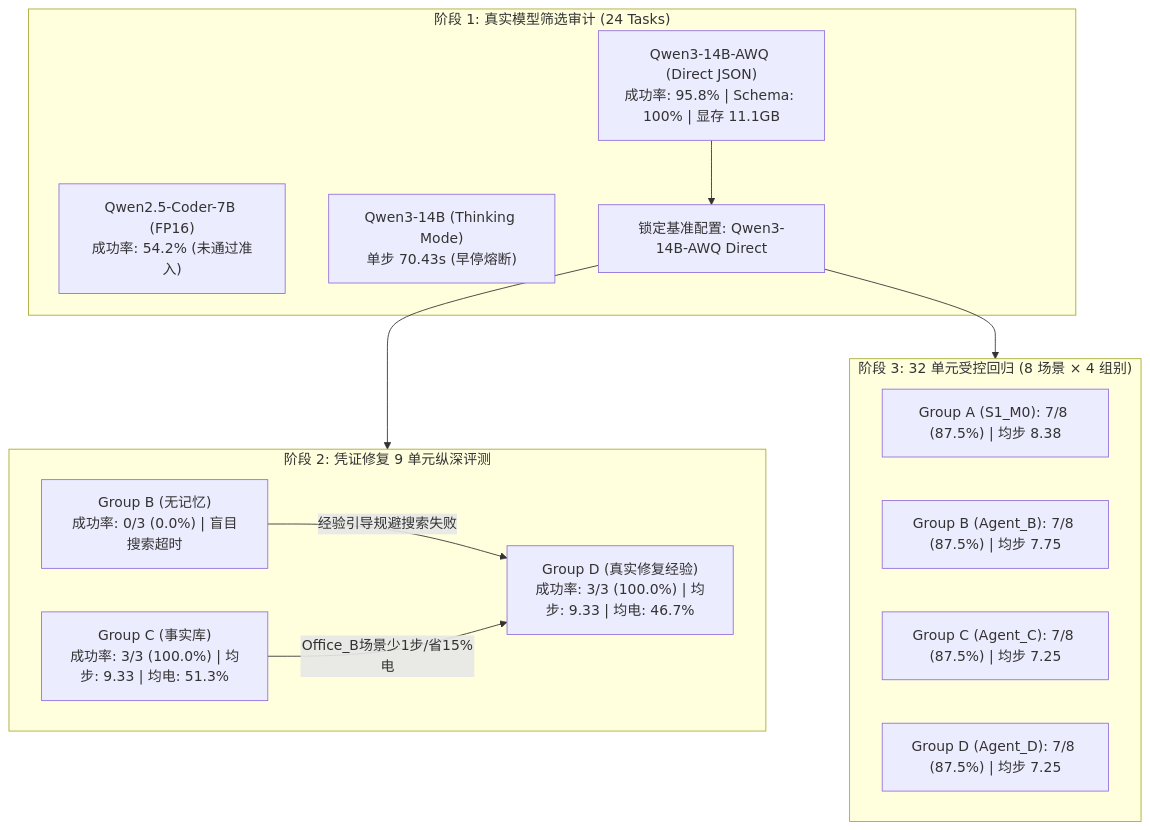
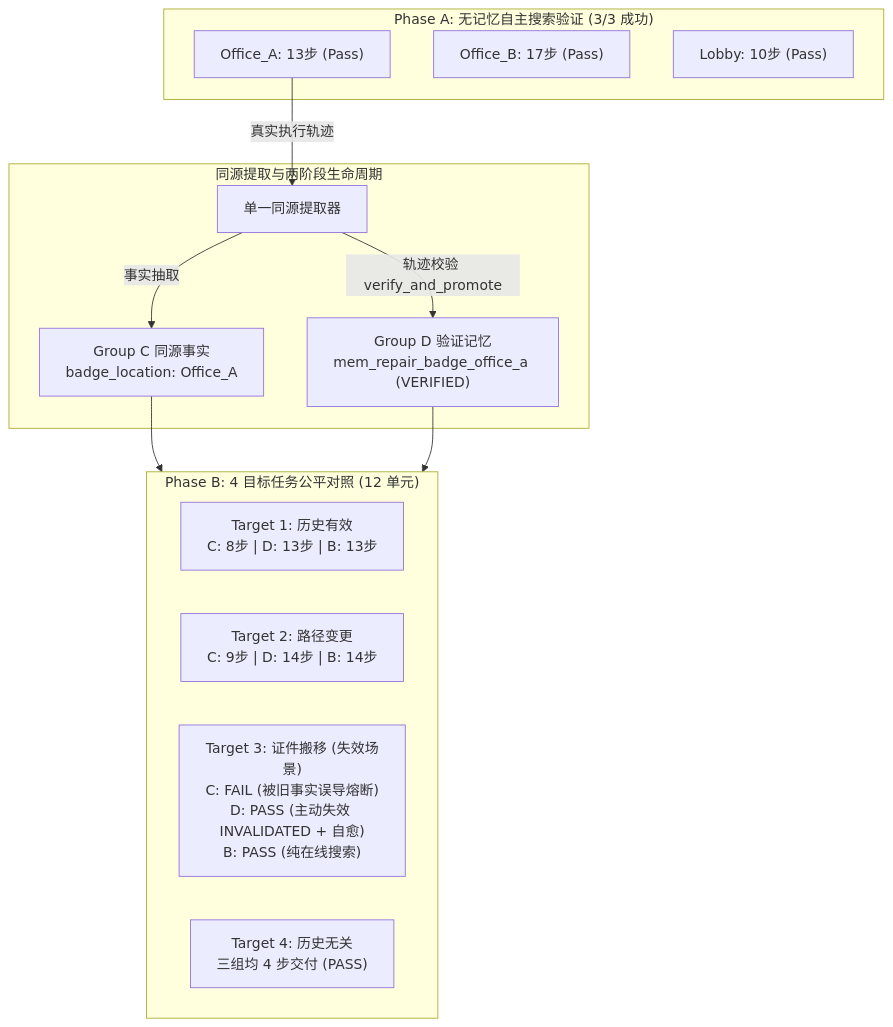
The diagram in research/agent_task_repair/pilot_report.md (JingAo-Shen/failmem-ros2-agent), drawn with Mermaid before and after one commit. The commit also changed other lines of this file and 11 other files, not shown here.

Commit message:
feat(eval): complete autonomous search closed-loop, verified repair memory extraction, and 12-unit homologous fair comparison

````diff
--- a/research/agent_task_repair/pilot_report.md
+++ b/research/agent_task_repair/pilot_report.md
@@ -35,27 +40,24 @@
 ```mermaid
 flowchart TD
-    subgraph S["阶段 1: 真实模型筛选审计 (24 Tasks)"]
-        M7["Qwen2.5-Coder-7B (FP16)<br/>成功率: 54.2% (未通过准入)"]
-        M14T["Qwen3-14B (Thinking Mode)<br/>单步 70.43s (早停熔断)"]
-        M14D["Qwen3-14B-AWQ (Direct JSON)<br/>成功率: 95.8% | Schema: 100% | 显存 11.1GB"]
-        M14D --> Lock["锁定基准配置: Qwen3-14B-AWQ Direct"]
+    subgraph P1["Phase A: 无记忆自主搜索验证 (3/3 成功)"]
+        T1["Office_A: 13步 (Pass)"]
+        T2["Office_B: 17步 (Pass)"]
+        T3["Lobby: 10步 (Pass)"]
     end
 
-    subgraph EXP["阶段 2: 凭证修复 9 单元纵深评测"]
-        GB_cred["Group B (无记忆)<br/>成功率: 0/3 (0.0%) | 盲目搜索超时"]
-        GC_cred["Group C (事实库)<br/>成功率: 3/3 (100.0%) | 均步: 9.33 | 均电: 51.3%"]
-        GD_cred["Group D (真实修复经验)<br/>成功率: 3/3 (100.0%) | 均步: 9.33 | 均电: 46.7%"]
-        GB_cred -->|经验引导规避搜索失败| GD_cred
-        GC_cred -->|Office_B场景少1步/省15%电| GD_cred
+    subgraph P2["同源提取与两阶段生命周期"]
+        T1 -->|真实执行轨迹| Ext["单一同源提取器"]
+        Ext -->|事实抽取| Fact["Group C 同源事实<br/>badge_location: Office_A"]
+        Ext -->|轨迹校验 verify_and_promote| Mem["Group D 验证记忆<br/>mem_repair_badge_office_a (VERIFIED)"]
     end
 
-    subgraph DIAG["阶段 3: 32 单元受控回归 (8 场景 × 4 组别)"]
-        GA["Group A (S1_M0): 7/8 (87.5%) | 均步 8.38"]
-        GB["Group B (Agent_B): 7/8 (87.5%) | 均步 7.75"]
-        GC["Group C (Agent_C): 7/8 (87.5%) | 均步 7.25"]
-        GD["Group D (Agent_D): 7/8 (87.5%) | 均步 7.25"]
+    subgraph P3["Phase B: 4 目标任务公平对照 (12 单元)"]
+        Tar1["Target 1: 历史有效<br/>C: 8步 | D: 13步 | B: 13步"]
+        Tar2["Target 2: 路径变更<br/>C: 9步 | D: 14步 | B: 14步"]
+        Tar3["Target 3: 证件搬移 (失效场景)<br/>C: FAIL (被旧事实误导熔断)<br/>D: PASS (主动失效 INVALIDATED + 自愈)<br/>B: PASS (纯在线搜索)"]
+        Tar4["Target 4: 历史无关<br/>三组均 4 步交付 (PASS)"]
     end
 
-    Lock --> EXP
-    Lock --> DIAG
+    Fact --> P3
+    Mem --> P3
 ```
````
